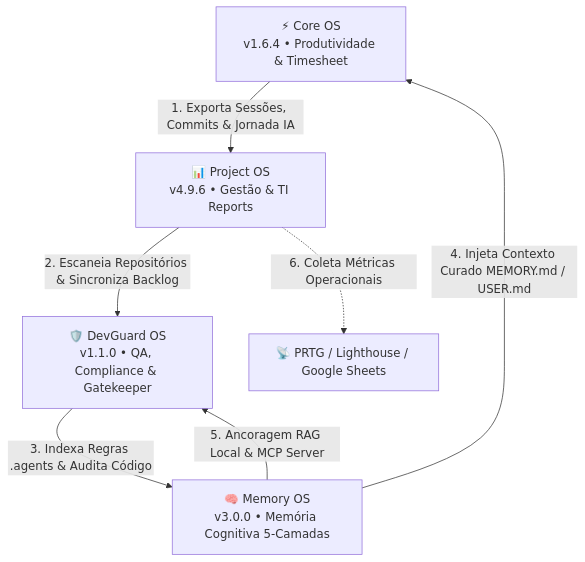
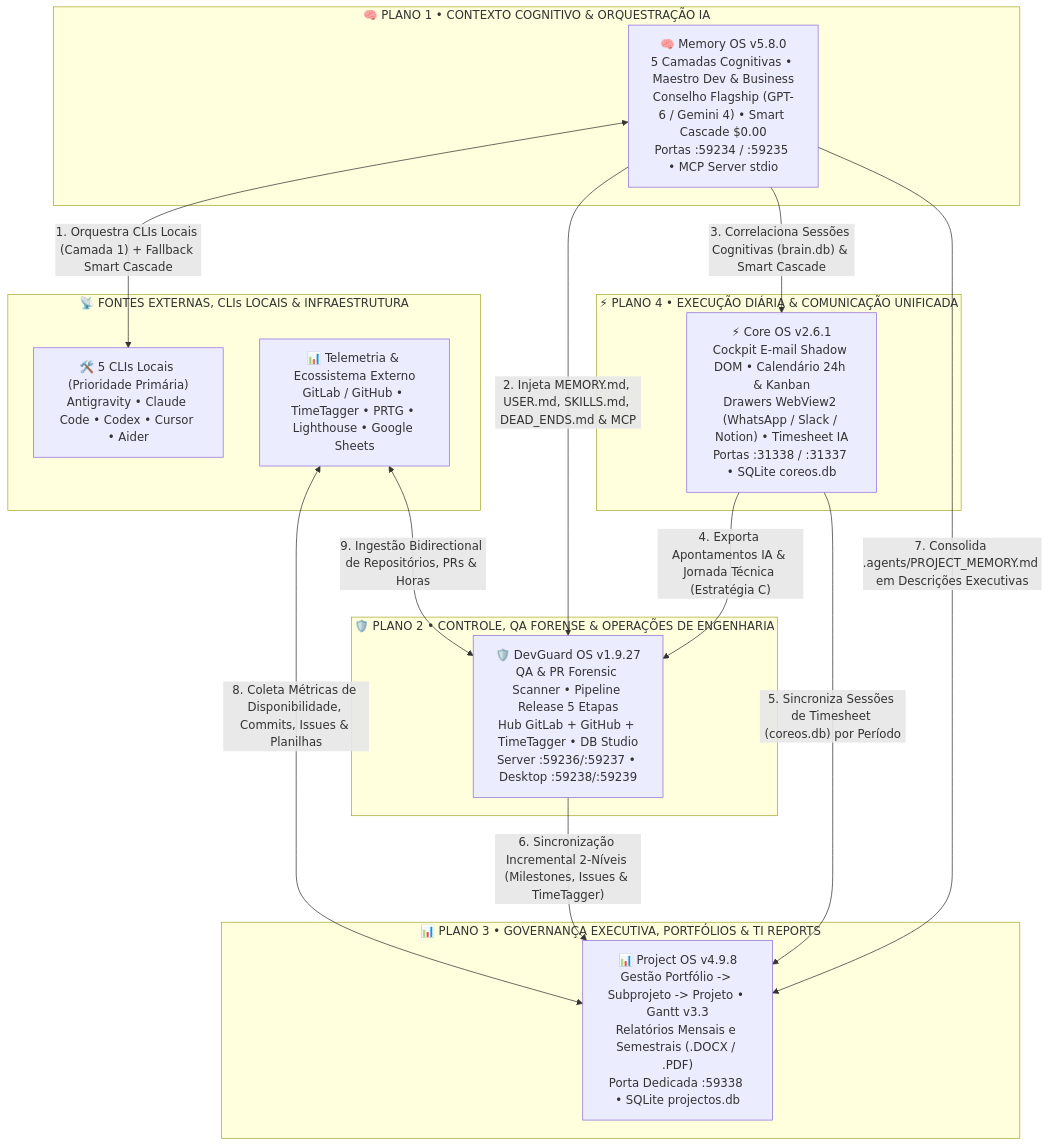
Before and after one commit to ProjectOS-system/.github: the diagram in profile/README.md, drawn with Mermaid. The commit also changed other lines of this file, not shown here.

````diff
--- a/profile/README.md
+++ b/profile/README.md
@@ -17,9 +36,33 @@
 ```mermaid
-graph TD
-    A[⚡ Core OS<br/>v1.6.4 • Produtividade & Timesheet] -->|1. Exporta Sessões, Commits & Jornada IA| B[📊 Project OS<br/>v4.9.6 • Gestão & TI Reports]
-    B -->|2. Escaneia Repositórios & Sincroniza Backlog| C[🛡️ DevGuard OS<br/>v1.1.0 • QA, Compliance & Gatekeeper]
-    C -->|3. Indexa Regras .agents & Audita Código| D[🧠 Memory OS<br/>v3.0.0 • Memória Cognitiva 5-Camadas]
-    D -->|4. Injeta Contexto Curado MEMORY.md / USER.md| A
-    D -->|5. Ancoragem RAG Local & MCP Server| C
-    B -.->|6. Coleta Métricas Operacionais| E[📡 PRTG / Lighthouse / Google Sheets]
+flowchart TD
+    subgraph P1["🧠 PLANO 1 • CONTEXTO COGNITIVO & ORQUESTRAÇÃO IA"]
+        MOS["🧠 Memory OS v5.8.0<br/>5 Camadas Cognitivas • Maestro Dev & Business<br/>Conselho Flagship (GPT-6 / Gemini 4) • Smart Cascade $0.00<br/>Portas :59234 / :59235 • MCP Server stdio"]
+    end
+
+    subgraph P4["⚡ PLANO 4 • EXECUÇÃO DIÁRIA & COMUNICAÇÃO UNIFICADA"]
+        COS["⚡ Core OS v2.6.1<br/>Cockpit E-mail Shadow DOM • Calendário 24h & Kanban<br/>Drawers WebView2 (WhatsApp / Slack / Notion) • Timesheet IA<br/>Portas :31338 / :31337 • SQLite coreos.db"]
+    end
+
+    subgraph P2["🛡️ PLANO 2 • CONTROLE, QA FORENSE & OPERAÇÕES DE ENGENHARIA"]
+        DG["🛡️ DevGuard OS v1.9.27<br/>QA & PR Forensic Scanner • Pipeline Release 5 Etapas<br/>Hub GitLab + GitHub + TimeTagger • DB Studio<br/>Server :59236/:59237 • Desktop :59238/:59239"]
+    end
+
+    subgraph P3["📊 PLANO 3 • GOVERNANÇA EXECUTIVA, PORTFÓLIOS & TI REPORTS"]
+        POS["📊 Project OS v4.9.8<br/>Gestão Portfólio -> Subprojeto -> Projeto • Gantt v3.3<br/>Relatórios Mensais e Semestrais (.DOCX / .PDF)<br/>Porta Dedicada :59338 • SQLite projectos.db"]
+    end
+
+    subgraph EXT["📡 FONTES EXTERNAS, CLIs LOCAIS & INFRAESTRUTURA"]
+        CLIS["🛠️ 5 CLIs Locais (Prioridade Primária)<br/>Antigravity • Claude Code • Codex • Cursor • Aider"]
+        OPS["📊 Telemetria & Ecossistema Externo<br/>GitLab / GitHub • TimeTagger • PRTG • Lighthouse • Google Sheets"]
+    end
+
+    MOS <-->|"1. Orquestra CLIs Locais (Camada 1) + Fallback Smart Cascade"| CLIS
+    MOS -->|"2. Injeta MEMORY.md, USER.md, SKILLS.md, DEAD_ENDS.md & MCP"| DG
+    MOS -->|"3. Correlaciona Sessões Cognitivas (brain.db) & Smart Cascade"| COS
+    COS -->|"4. Exporta Apontamentos IA & Jornada Técnica (Estratégia C)"| DG
+    COS -->|"5. Sincroniza Sessões de Timesheet (coreos.db) por Período"| POS
+    DG -->|"6. Sincronização Incremental 2-Níveis (Milestones, Issues & TimeTagger)"| POS
+    MOS -->|"7. Consolida .agents/PROJECT_MEMORY.md em Descrições Executivas"| POS
+    OPS <-->|"8. Coleta Métricas de Disponibilidade, Commits, Issues & Planilhas"| POS
+    OPS <-->|"9. Ingestão Bidirectional de Repositórios, PRs & Horas"| DG
 ```
````
